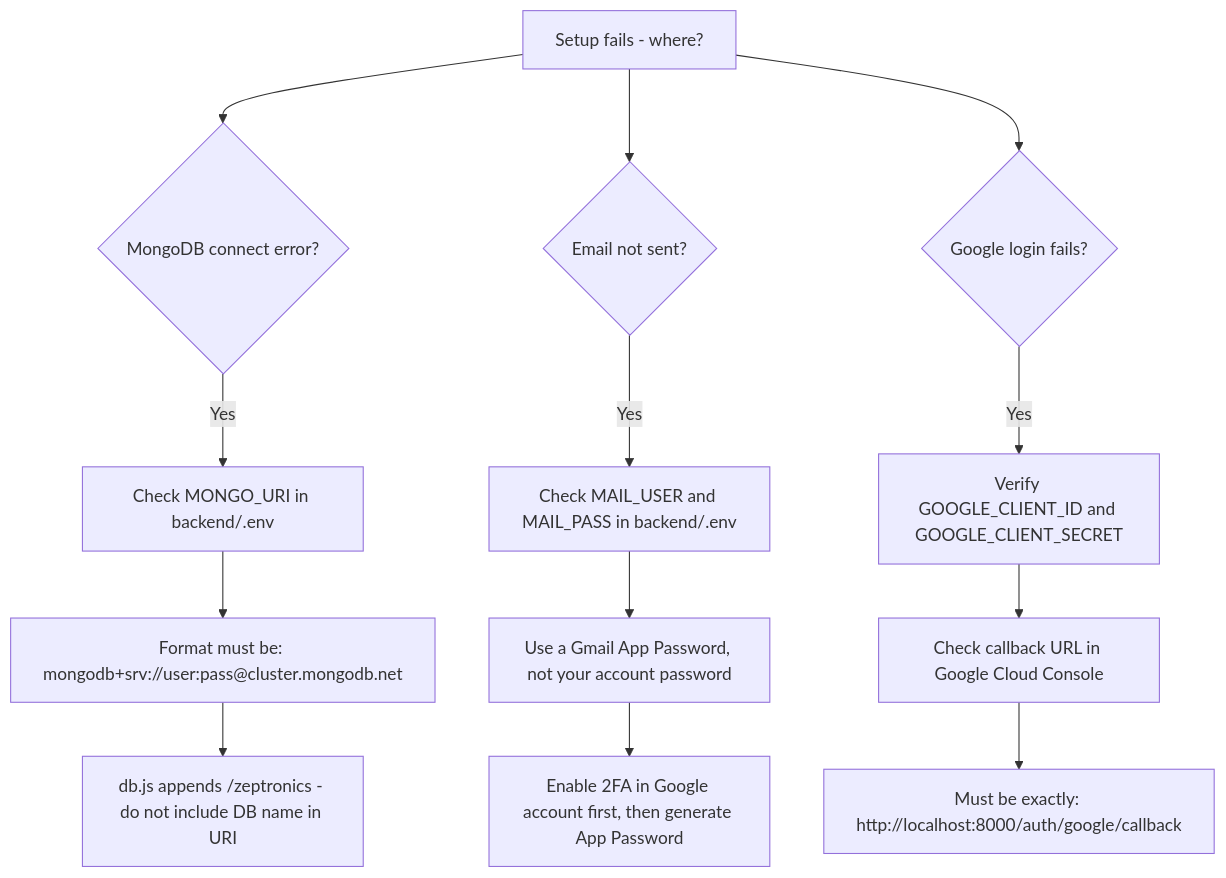
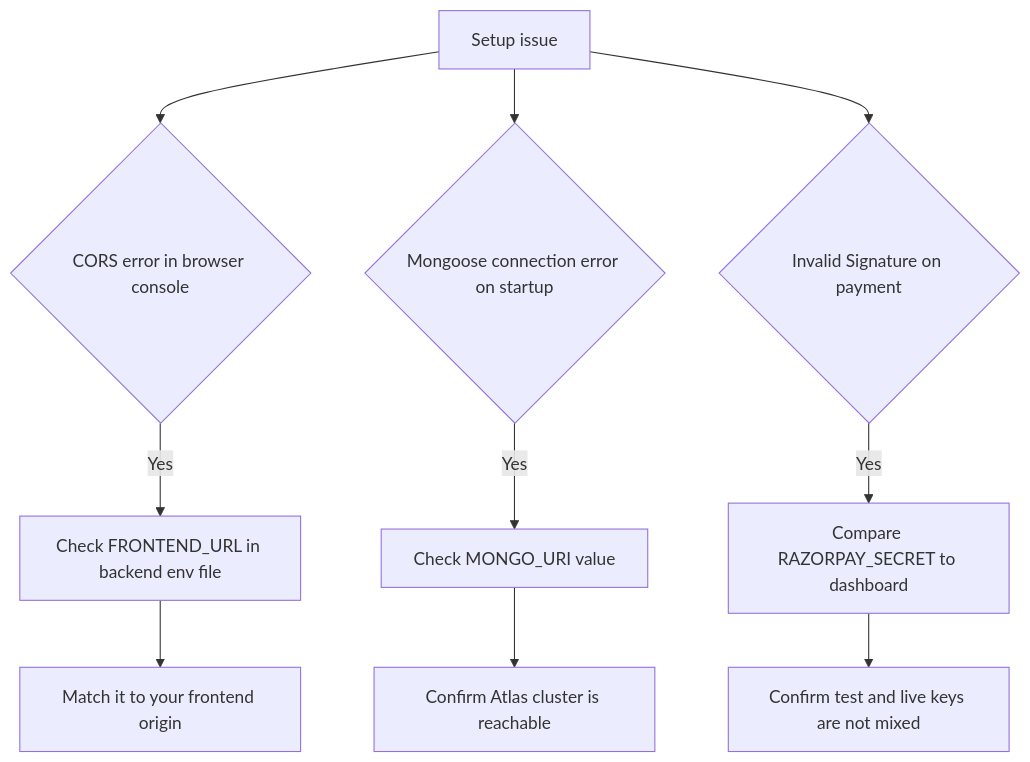
Before and after one commit to sandhya144/Zeptronics: the fifth of 5 diagrams in README.md, drawn with Mermaid. The commit also changed other lines of this file, not shown here.

````diff
--- a/README.md
+++ b/README.md
@@ -430,19 +392,14 @@
 ```mermaid
 flowchart TD
-    Start[Setup fails - where?]
+    A[Setup issue] --> B{CORS error in browser console}
+    B -- Yes --> C[Check FRONTEND_URL in backend env file]
+    C --> D[Match it to your frontend origin]
 
-    Start --> A{MongoDB connect error?}
-    A -- Yes --> A1[Check MONGO_URI in backend/.env]
-    A1 --> A2[Format must be: mongodb+srv://user:pass@cluster.mongodb.net]
-    A2 --> A3[db.js appends /zeptronics - do not include DB name in URI]
+    A --> E{Mongoose connection error on startup}
+    E -- Yes --> F[Check MONGO_URI value]
+    F --> G[Confirm Atlas cluster is reachable]
 
-    Start --> B{Email not sent?}
-    B -- Yes --> B1[Check MAIL_USER and MAIL_PASS in backend/.env]
-    B1 --> B2[Use a Gmail App Password, not your account password]
-    B2 --> B3[Enable 2FA in Google account first, then generate App Password]
-
-    Start --> C{Google login fails?}
-    C -- Yes --> C1[Verify GOOGLE_CLIENT_ID and GOOGLE_CLIENT_SECRET]
-    C1 --> C2[Check callback URL in Google Cloud Console]
-    C2 --> C3[Must be exactly: http://localhost:8000/auth/google/callback]
+    A --> H{Invalid Signature on payment}
+    H -- Yes --> I[Compare RAZORPAY_SECRET to dashboard]
+    I --> J[Confirm test and live keys are not mixed]
 ```
````
